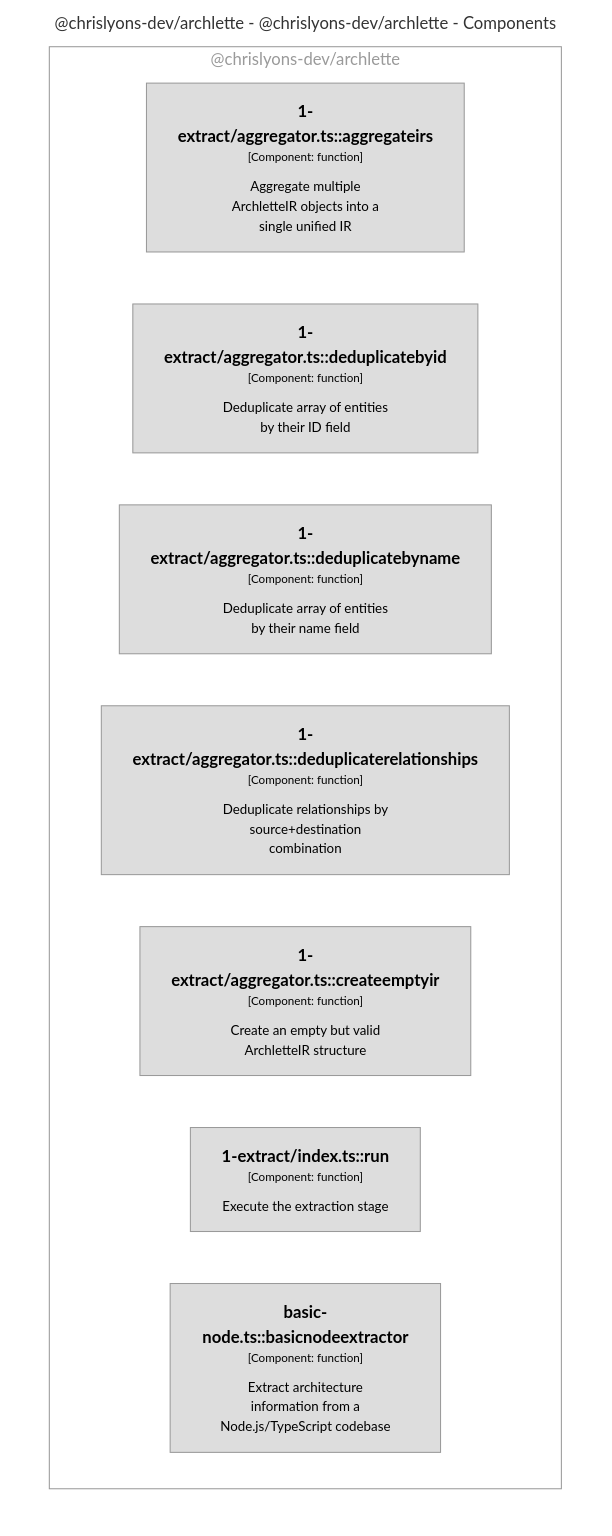
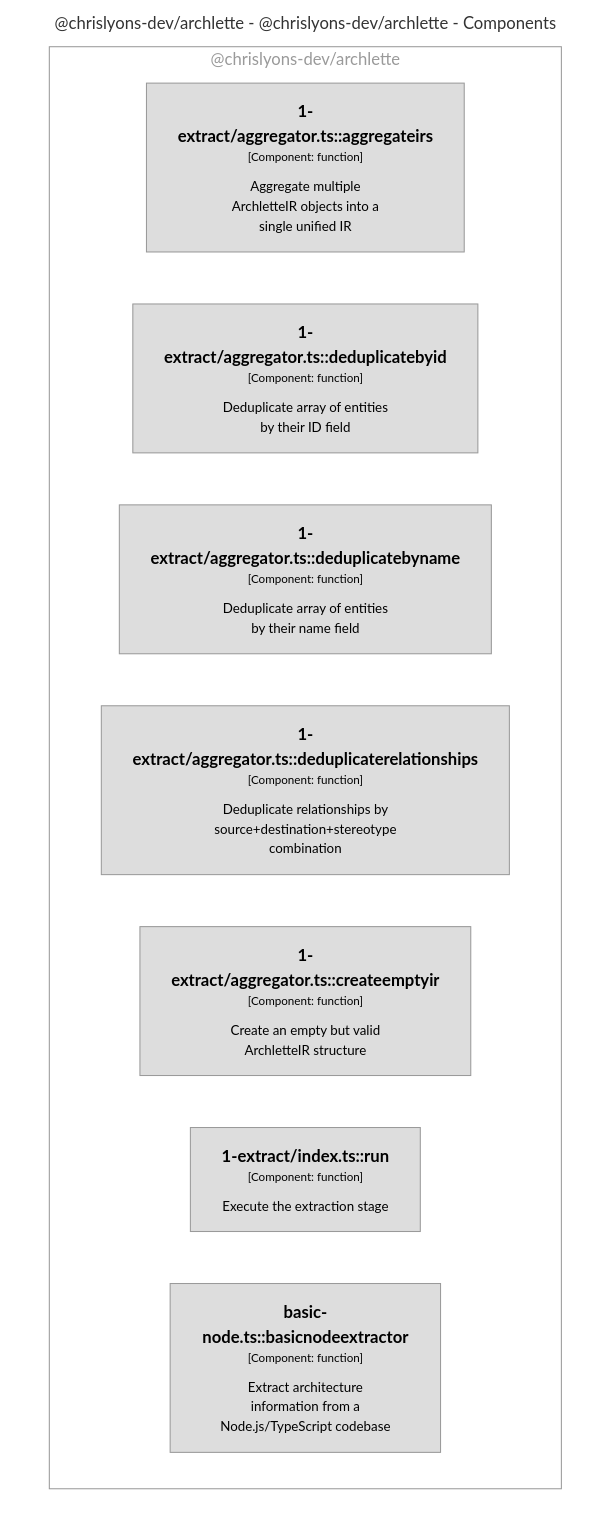
Before and after one commit to chrislyons-dev/archlette: the diagram in docs/architecture/diagrams/mermaid/structurizr-Classes_extractors.mmd, drawn with Mermaid. The commit also changed 15 other files, not shown here.

```diff
--- a/docs/architecture/diagrams/mermaid/structurizr-Classes_extractors.mmd
+++ b/docs/architecture/diagrams/mermaid/structurizr-Classes_extractors.mmd
@@ -1,26 +1,26 @@
 graph TB
   linkStyle default fill:#ffffff
 
   subgraph diagram ["@chrislyons-dev/archlette - @chrislyons-dev/archlette - Components"]
     style diagram fill:#ffffff,stroke:#ffffff
 
     subgraph 4 ["@chrislyons-dev/archlette"]
       style 4 fill:#ffffff,stroke:#9a9a9a,color:#9a9a9a
 
       17["<div style='font-weight: bold'>1-extract/aggregator.ts::aggregateirs</div><div style='font-size: 70%; margin-top: 0px'>[Component: function]</div><div style='font-size: 80%; margin-top:10px'>Aggregate multiple<br />ArchletteIR objects into a<br />single unified IR</div>"]
       style 17 fill:#dddddd,stroke:#9a9a9a,color:#000000
       18["<div style='font-weight: bold'>1-extract/aggregator.ts::deduplicatebyid</div><div style='font-size: 70%; margin-top: 0px'>[Component: function]</div><div style='font-size: 80%; margin-top:10px'>Deduplicate array of entities<br />by their ID field</div>"]
       style 18 fill:#dddddd,stroke:#9a9a9a,color:#000000
       19["<div style='font-weight: bold'>1-extract/aggregator.ts::deduplicatebyname</div><div style='font-size: 70%; margin-top: 0px'>[Component: function]</div><div style='font-size: 80%; margin-top:10px'>Deduplicate array of entities<br />by their name field</div>"]
       style 19 fill:#dddddd,stroke:#9a9a9a,color:#000000
-      20["<div style='font-weight: bold'>1-extract/aggregator.ts::deduplicaterelationships</div><div style='font-size: 70%; margin-top: 0px'>[Component: function]</div><div style='font-size: 80%; margin-top:10px'>Deduplicate relationships by<br />source+destination<br />combination</div>"]
+      20["<div style='font-weight: bold'>1-extract/aggregator.ts::deduplicaterelationships</div><div style='font-size: 70%; margin-top: 0px'>[Component: function]</div><div style='font-size: 80%; margin-top:10px'>Deduplicate relationships by<br />source+destination+stereotype<br />combination</div>"]
       style 20 fill:#dddddd,stroke:#9a9a9a,color:#000000
       21["<div style='font-weight: bold'>1-extract/aggregator.ts::createemptyir</div><div style='font-size: 70%; margin-top: 0px'>[Component: function]</div><div style='font-size: 80%; margin-top:10px'>Create an empty but valid<br />ArchletteIR structure</div>"]
       style 21 fill:#dddddd,stroke:#9a9a9a,color:#000000
       22["<div style='font-weight: bold'>1-extract/index.ts::run</div><div style='font-size: 70%; margin-top: 0px'>[Component: function]</div><div style='font-size: 80%; margin-top:10px'>Execute the extraction stage</div>"]
       style 22 fill:#dddddd,stroke:#9a9a9a,color:#000000
-      54["<div style='font-weight: bold'>basic-node.ts::basicnodeextractor</div><div style='font-size: 70%; margin-top: 0px'>[Component: function]</div><div style='font-size: 80%; margin-top:10px'>Extract architecture<br />information from a<br />Node.js/TypeScript codebase</div>"]
-      style 54 fill:#dddddd,stroke:#9a9a9a,color:#000000
+      55["<div style='font-weight: bold'>basic-node.ts::basicnodeextractor</div><div style='font-size: 70%; margin-top: 0px'>[Component: function]</div><div style='font-size: 80%; margin-top:10px'>Extract architecture<br />information from a<br />Node.js/TypeScript codebase</div>"]
+      style 55 fill:#dddddd,stroke:#9a9a9a,color:#000000
     end
 
   end
```
